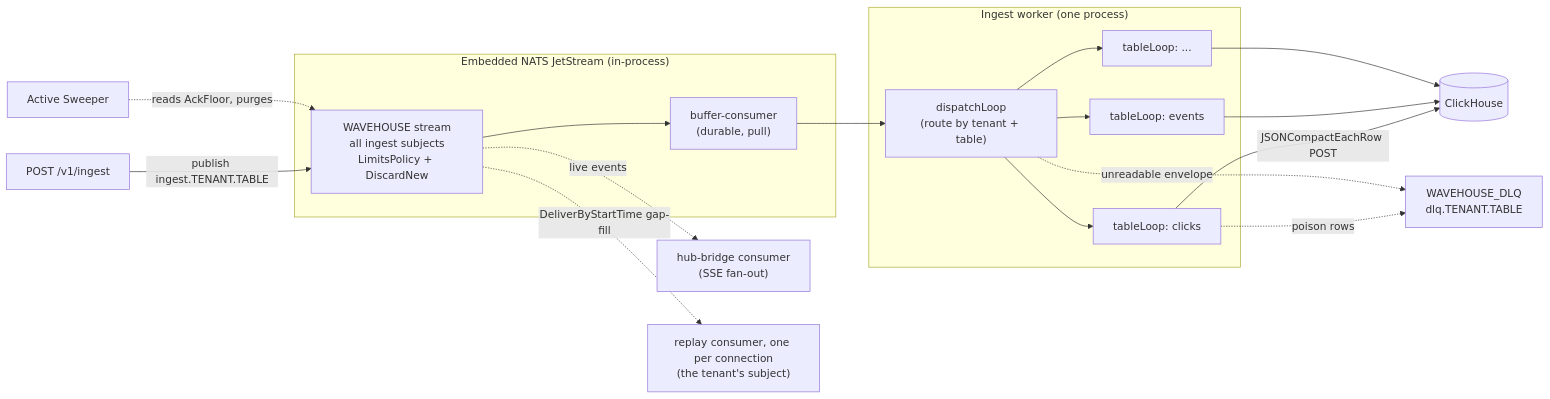
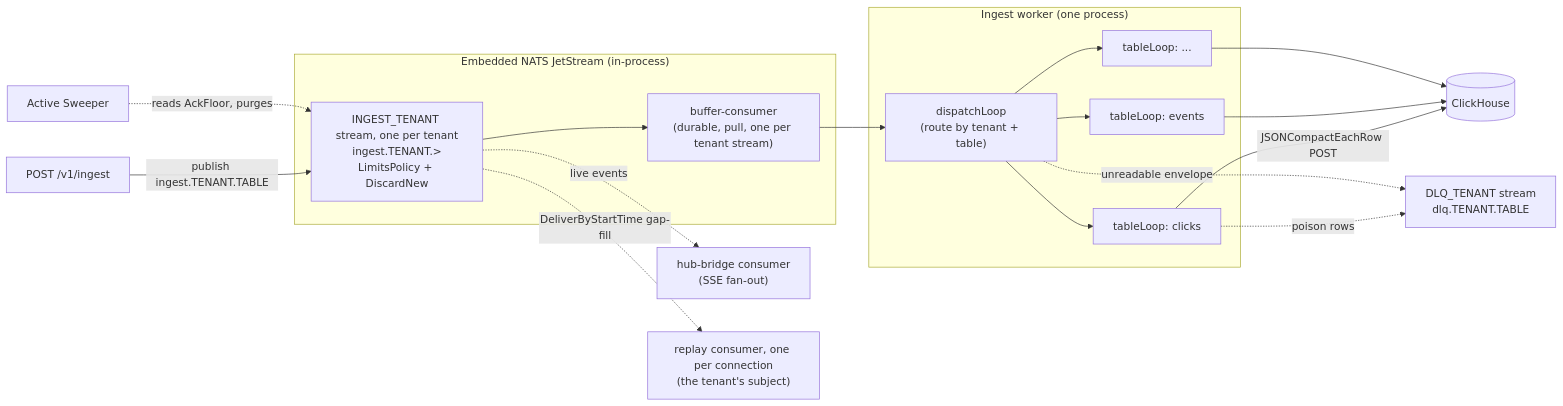
One commit to Wave-RF/WaveHouse changed the first of 8 diagrams in docs/src/content/docs/ingest-pipeline.md. Above: the diagram before and after it, drawn with Mermaid. The commit also changed other lines of this file and 35 other files, not shown here.

````diff
--- a/docs/src/content/docs/ingest-pipeline.md
+++ b/docs/src/content/docs/ingest-pipeline.md
@@ -27,29 +27,29 @@
 ```mermaid
 flowchart LR
     API["POST /v1/ingest"] -->|"publish ingest.TENANT.TABLE"| Stream
 
     subgraph NATS["Embedded NATS JetStream (in-process)"]
-        Stream["WAVEHOUSE stream<br/>all ingest subjects<br/>LimitsPolicy + DiscardNew"]
-        Cons["buffer-consumer<br/>(durable, pull)"]
+        Stream["INGEST_TENANT stream, one per tenant<br/>ingest.TENANT.><br/>LimitsPolicy + DiscardNew"]
+        Cons["buffer-consumer<br/>(durable, pull, one per tenant stream)"]
         Stream --> Cons
     end
 
     Cons --> D
 
     subgraph Worker["Ingest worker (one process)"]
         D["dispatchLoop<br/>(route by tenant + table)"]
         D --> TLa["tableLoop: clicks"]
         D --> TLb["tableLoop: events"]
         D --> TLc["tableLoop: ..."]
     end
 
     TLa -->|"JSONCompactEachRow POST"| CH[("ClickHouse")]
     TLb --> CH
     TLc --> CH
-    TLa -.->|"poison rows"| DLQ["WAVEHOUSE_DLQ<br/>dlq.TENANT.TABLE"]
+    TLa -.->|"poison rows"| DLQ["DLQ_TENANT stream<br/>dlq.TENANT.TABLE"]
     D -.->|"unreadable envelope"| DLQ
 
     Sweep["Active Sweeper"] -.->|"reads AckFloor, purges"| Stream
     Stream -.->|"live events"| Hub["hub-bridge consumer<br/>(SSE fan-out)"]
     Stream -.->|"DeliverByStartTime gap-fill"| Replay["replay consumer, one per connection<br/>(the tenant's subject)"]
 ```
````
